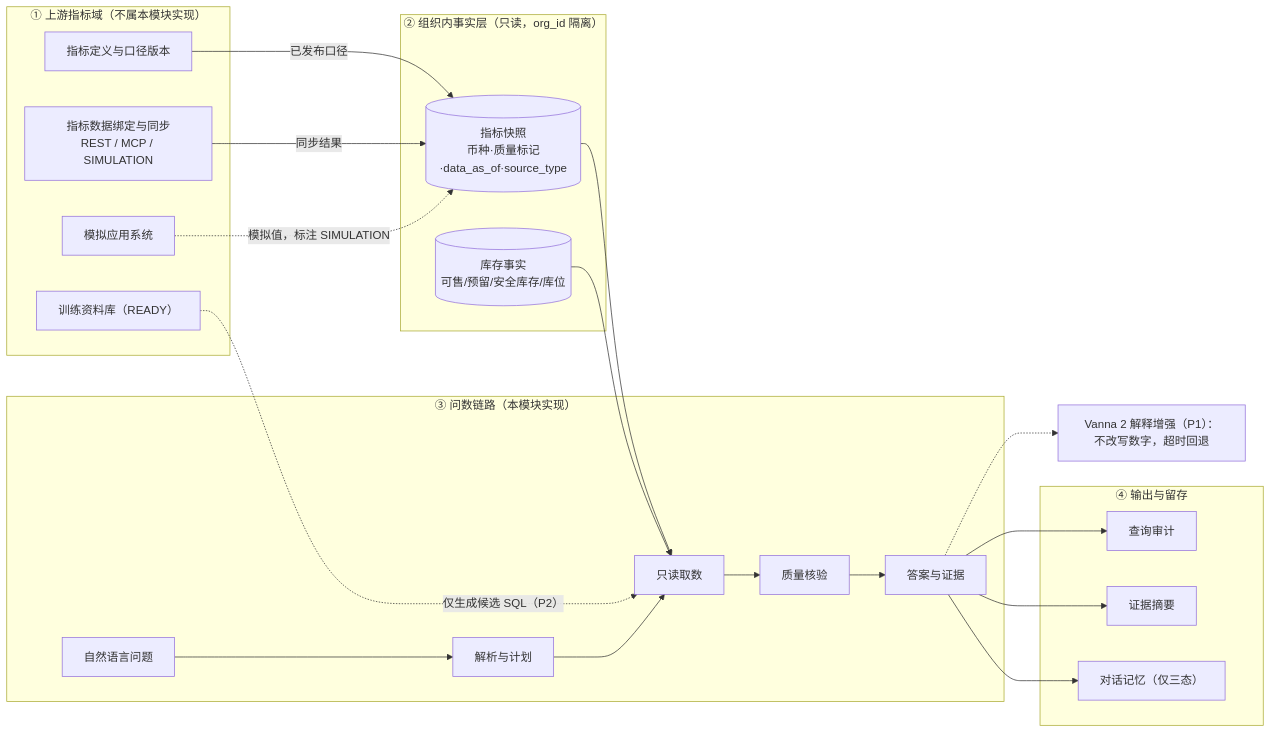
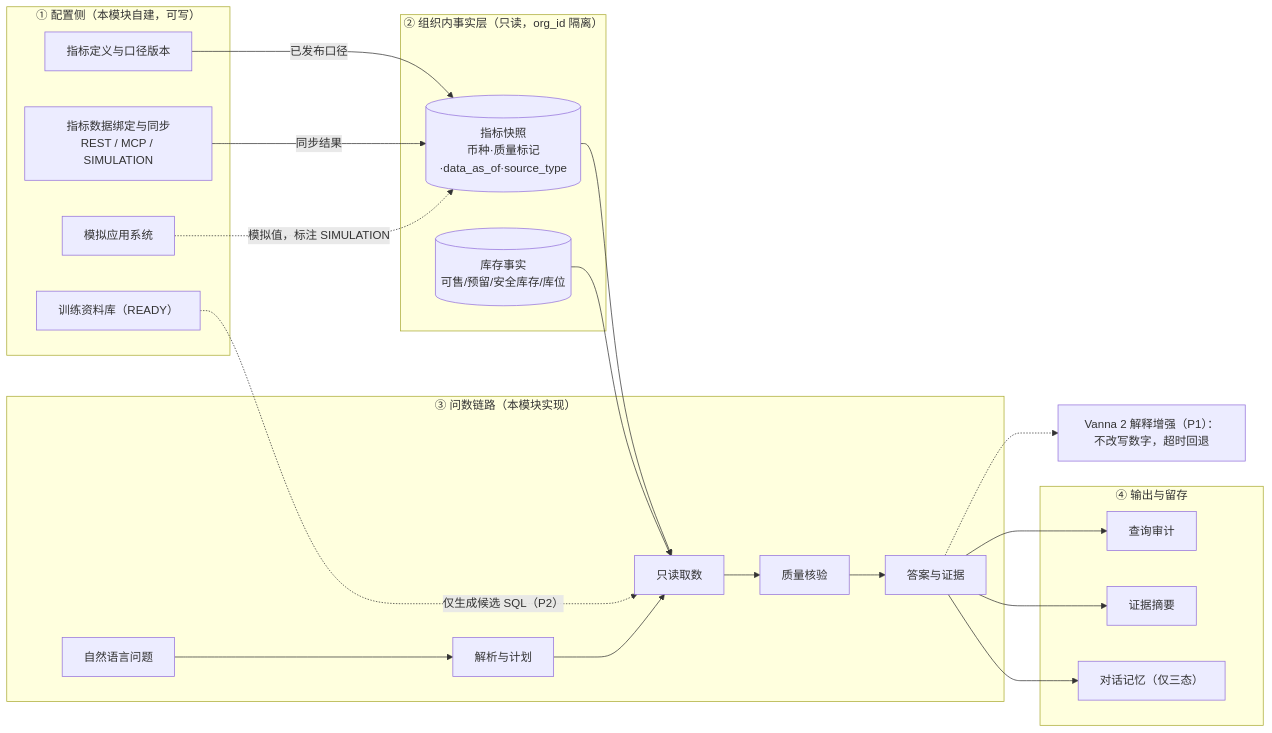
Before and after one commit to Spring-Chen25/AI-commerce: the diagram in ai_ecommerce/docs/attachments/flow-qa-data.mmd, drawn with Mermaid. The commit also changed 19 other files, not shown here.

First line of the commit message:
docs(qa): 指标管理与维护纳入 M3 需求（FR-QA-42~51、图 8、AC-QA-24~29）

```diff
--- a/ai_ecommerce/docs/attachments/flow-qa-data.mmd
+++ b/ai_ecommerce/docs/attachments/flow-qa-data.mmd
@@ -1,33 +1,33 @@
 %% 图 flow-qa-data 智能问数数据流向（Mermaid 源码；成图见 flow-qa-data.svg / .png）
 flowchart LR
-    subgraph UP["① 上游指标域（不属本模块实现）"]
+    subgraph UP["① 配置侧（本模块自建，可写）"]
       A1["指标定义与口径版本"]
       A2["指标数据绑定与同步<br/>REST / MCP / SIMULATION"]
       A3["模拟应用系统"]
       A4["训练资料库（READY）"]
     end
     subgraph FACT["② 组织内事实层（只读，org_id 隔离）"]
       B1[("指标快照<br/>币种·质量标记·data_as_of·source_type")]
       B2[("库存事实<br/>可售/预留/安全库存/库位")]
     end
     subgraph QA["③ 问数链路（本模块实现）"]
       C1["自然语言问题"] --> C2["解析与计划"] --> C3["只读取数"] --> C4["质量核验"] --> C5["答案与证据"]
     end
     subgraph OUT["④ 输出与留存"]
       D1["对话记忆（仅三态）"]
       D2["证据摘要"]
       D3["查询审计"]
     end
     A1 -->|已发布口径| B1
     A2 -->|同步结果| B1
     A3 -.->|模拟值，标注 SIMULATION| B1
     B1 --> C3
     B2 --> C3
     A4 -.->|仅生成候选 SQL（P2）| C3
     C5 --> D1
     C5 --> D2
     C5 --> D3
     C5 -.-> V["Vanna 2 解释增强（P1）：不改写数字，超时回退"]
 
     %% 四类数据性质：SIMULATION / SYNC / SNAPSHOT / TRAINING-LLM
     %% 硬约束：跨币种不合计；缺失不补 0；NO_DATA ≠ UNAVAILABLE；同日多版本取最高；答案必须带 data_as_of
```
